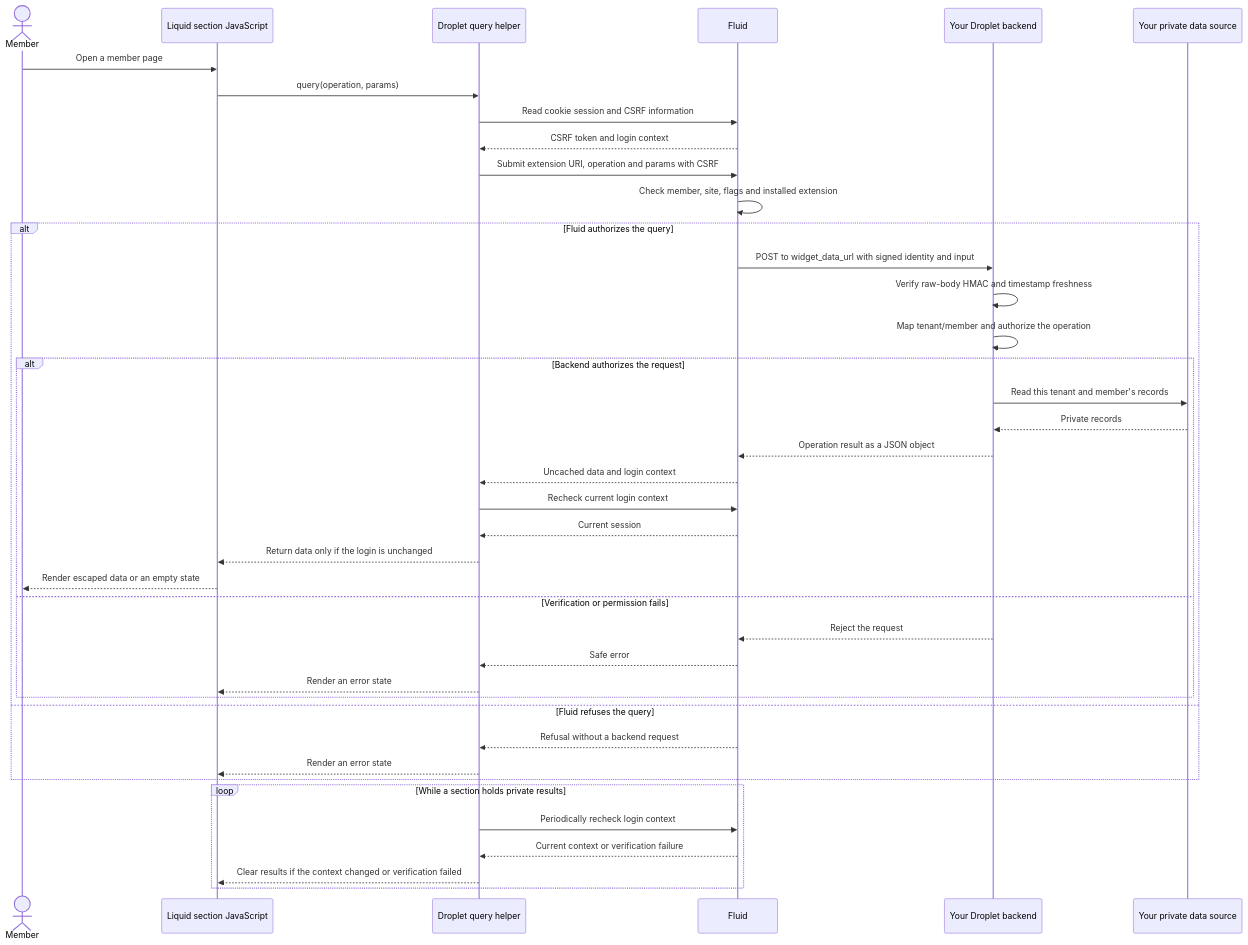
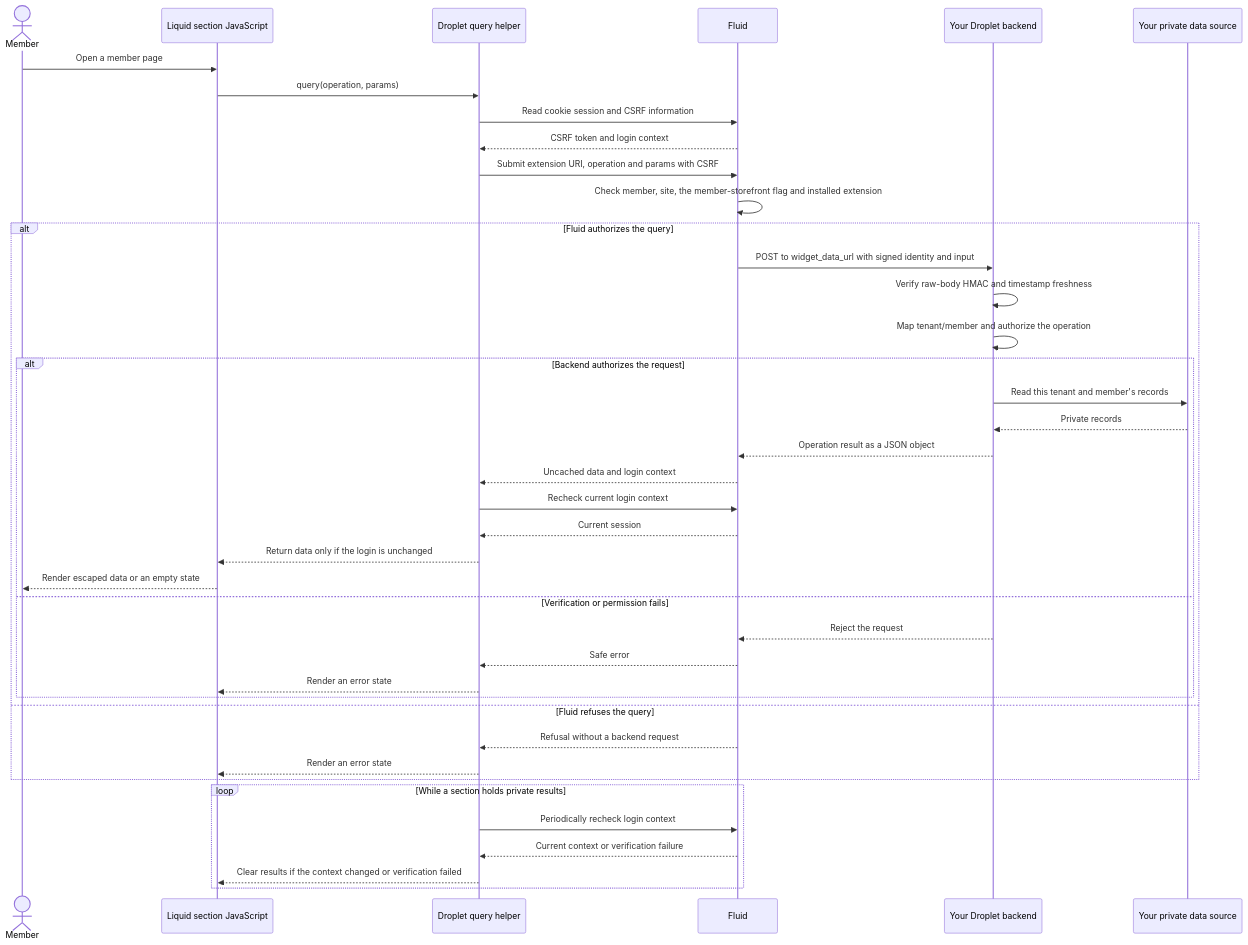
One commit to fluid-commerce/mintlify-starter changed the diagram in themes/member-storefront/droplet-data.mdx. Above: the diagram before and after it, drawn with Mermaid. The commit also changed other lines of this file and 2 other files, not shown here.

Commit message:
docs(themes): use the shared member storefront flag

````diff
--- a/themes/member-storefront/droplet-data.mdx
+++ b/themes/member-storefront/droplet-data.mdx
@@ -41,43 +41,43 @@
 ```mermaid
 sequenceDiagram
     actor Member
     participant Section as Liquid section JavaScript
     participant Helper as Droplet query helper
     participant Fluid
     participant Backend as Your Droplet backend
     participant Data as Your private data source
 
     Member->>Section: Open a member page
     Section->>Helper: query(operation, params)
     Helper->>Fluid: Read cookie session and CSRF information
     Fluid-->>Helper: CSRF token and login context
     Helper->>Fluid: Submit extension URI, operation and params with CSRF
-    Fluid->>Fluid: Check member, site, flags and installed extension
+    Fluid->>Fluid: Check member, site, the member-storefront flag and installed extension
     alt Fluid authorizes the query
         Fluid->>Backend: POST to widget_data_url with signed identity and input
         Backend->>Backend: Verify raw-body HMAC and timestamp freshness
         Backend->>Backend: Map tenant/member and authorize the operation
         alt Backend authorizes the request
             Backend->>Data: Read this tenant and member's records
             Data-->>Backend: Private records
             Backend-->>Fluid: Operation result as a JSON object
             Fluid-->>Helper: Uncached data and login context
             Helper->>Fluid: Recheck current login context
             Fluid-->>Helper: Current session
             Helper-->>Section: Return data only if the login is unchanged
             Section-->>Member: Render escaped data or an empty state
         else Verification or permission fails
             Backend-->>Fluid: Reject the request
             Fluid-->>Helper: Safe error
             Helper-->>Section: Render an error state
         end
     else Fluid refuses the query
         Fluid-->>Helper: Refusal without a backend request
         Helper-->>Section: Render an error state
     end
     loop While a section holds private results
         Helper->>Fluid: Periodically recheck login context
         Fluid-->>Helper: Current context or verification failure
         Helper-->>Section: Clear results if the context changed or verification failed
     end
 ```
````
